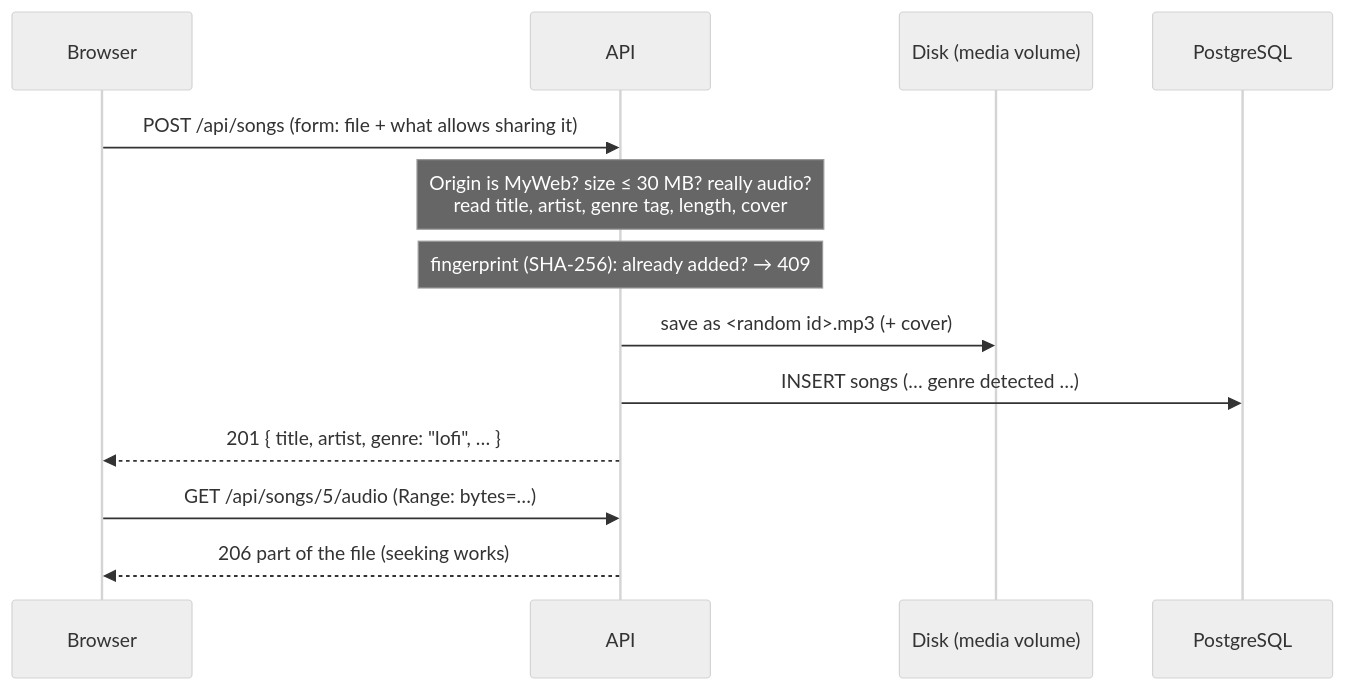
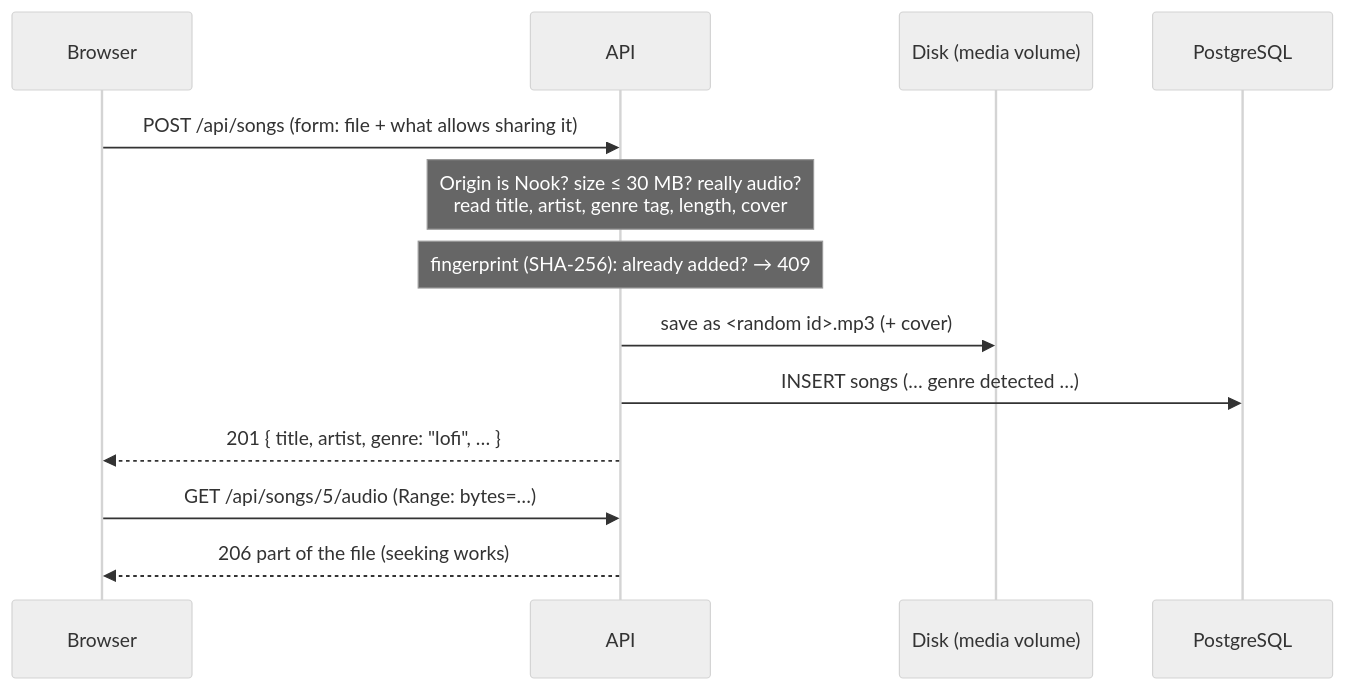
Before and after one commit to tqhung431/MyWeb: the third of 3 diagrams in docs/stage-8.md, drawn with Mermaid (neutral theme). The commit also changed other lines of this file and 56 other files, not shown here.

First line of the commit message:
Rename MyWeb to Nook; clearer .env.example and README

````diff
--- a/docs/stage-8.md
+++ b/docs/stage-8.md
@@ -99,15 +99,15 @@
 ```mermaid
 sequenceDiagram
     participant B as Browser
     participant A as API
     participant D as Disk (media volume)
     participant P as PostgreSQL
     B->>A: POST /api/songs (form: file + what allows sharing it)
-    Note over A: Origin is MyWeb? size ≤ 30 MB? really audio?<br/>read title, artist, genre tag, length, cover
+    Note over A: Origin is Nook? size ≤ 30 MB? really audio?<br/>read title, artist, genre tag, length, cover
     Note over A: fingerprint (SHA-256): already added? → 409
     A->>D: save as <random id>.mp3 (+ cover)
     A->>P: INSERT songs (… genre detected …)
     A-->>B: 201 { title, artist, genre: "lofi", … }
     B->>A: GET /api/songs/5/audio  (Range: bytes=…)
     A-->>B: 206 part of the file (seeking works)
 ```
````
